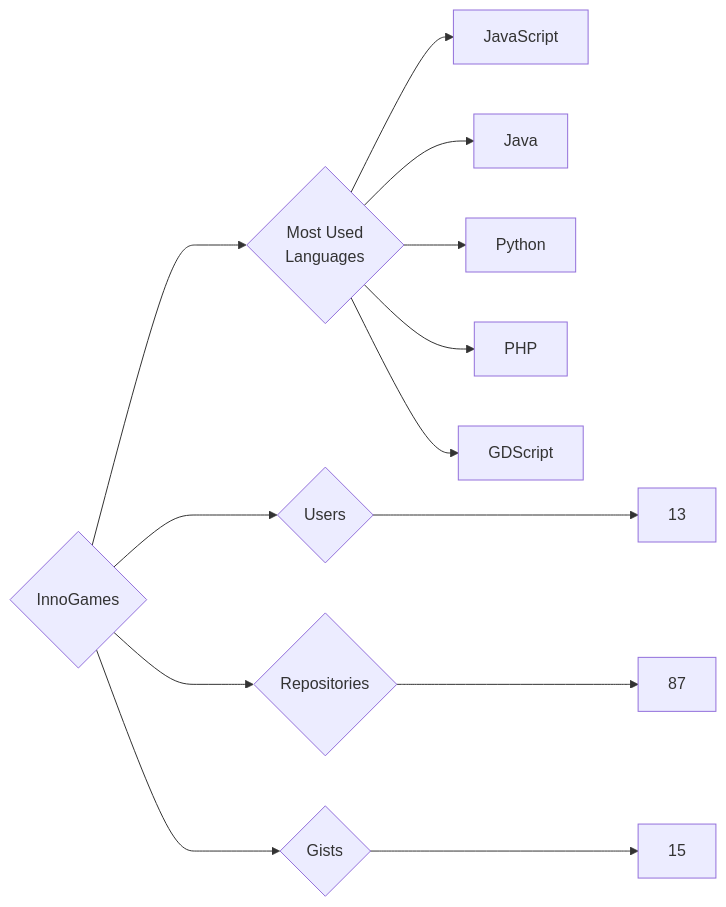
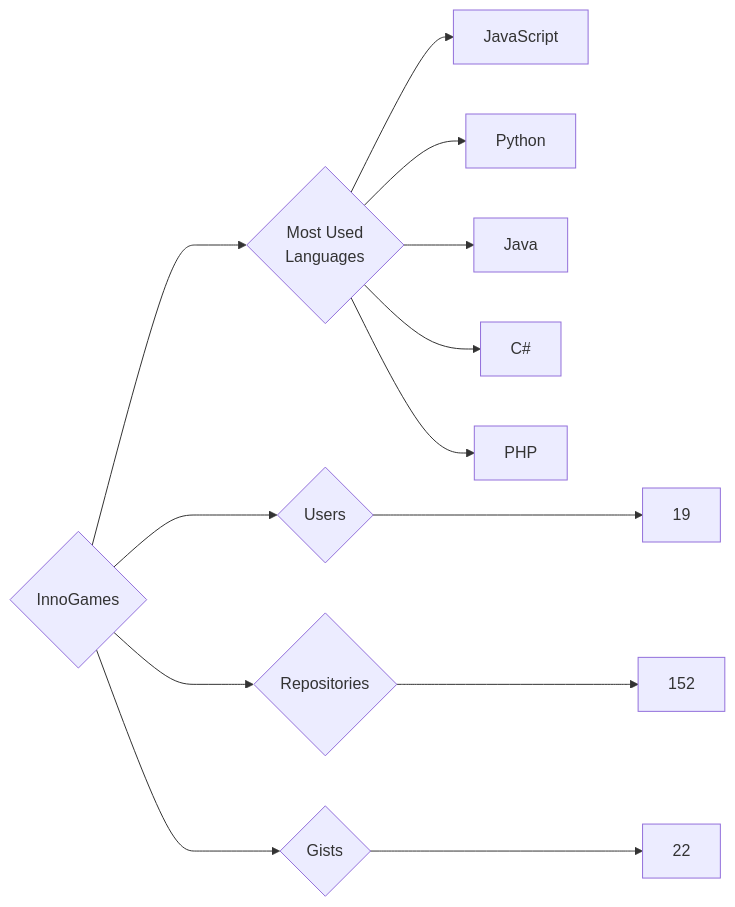
The diagram in targets/InnoGames/README.md (trickest/insiders), drawn with Mermaid before and after one commit. The commit also changed 826 other files, not shown here.

````diff
--- a/targets/InnoGames/README.md
+++ b/targets/InnoGames/README.md
@@ -3,13 +3,13 @@
 ```mermaid
 graph LR
 COMPANY_NAME{InnoGames}
-COMPANY_NAME ---> U{Users} ---> UN[13]
-COMPANY_NAME ---> R{Repositories} ---> RN[87]
-COMPANY_NAME ---> G{Gists} ---> GN[15]
+COMPANY_NAME ---> U{Users} ---> UN[19]
+COMPANY_NAME ---> R{Repositories} ---> RN[152]
+COMPANY_NAME ---> G{Gists} ---> GN[22]
 COMPANY_NAME ---> ML{Most Used<br>Languages}
 ML --> JavaScript[JavaScript]
+ML --> Python[Python]
 ML --> Java[Java]
-ML --> Python[Python]
+ML --> C#[C#]
 ML --> PHP[PHP]
-ML --> GDScript[GDScript]
 ```
````
